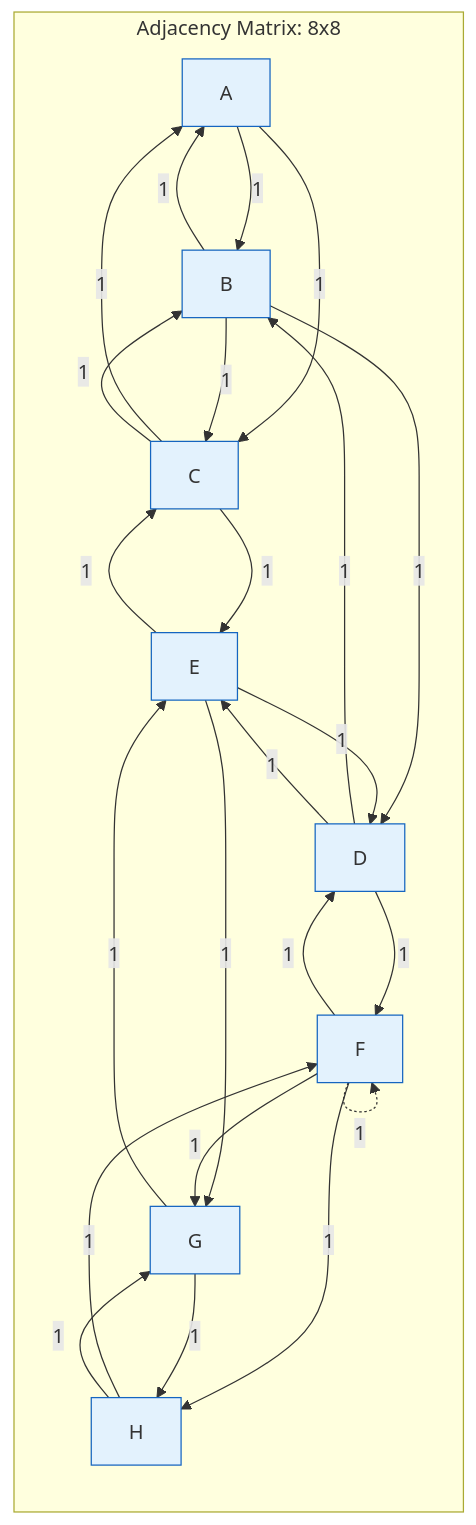
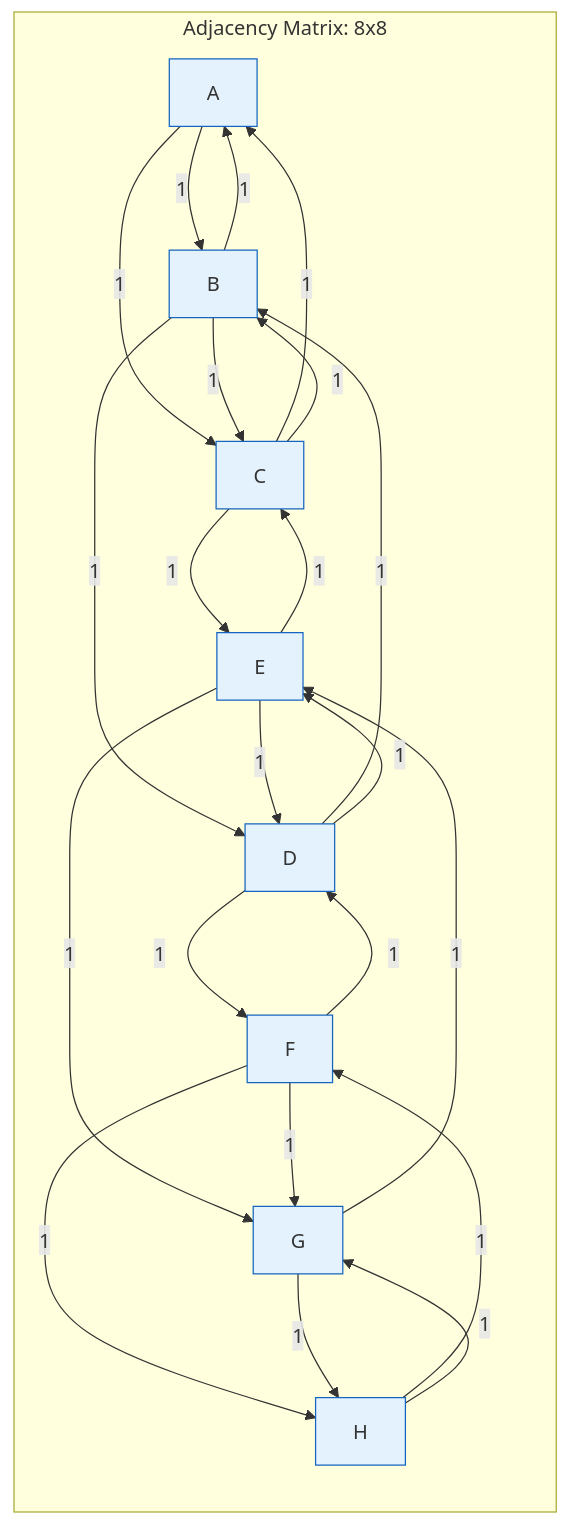
One commit to imyash0722/SEM3-DSA-UE25CS52A-STUDY-MATERIAL changed the first of 9 diagrams in site/docs/unit3/theory/unit3_09_graphs.md. Above: the diagram before and after it, drawn with Mermaid. The commit also changed other lines of this file and 113 other files, not shown here.

Commit message:
Fix Mermaid diagram syntax, dark mode readability, algorithmic visualizations, and update site build

````diff
--- a/site/docs/unit3/theory/unit3_09_graphs.md
+++ b/site/docs/unit3/theory/unit3_09_graphs.md
@@ -20,38 +20,36 @@
 ```mermaid
 graph TD
     subgraph Matrix[Adjacency Matrix: 8x8]
-        direction LR
         direction TB
         A[A] -->|1| B[B]
         A -->|1| C[C]
         B[B] -->|1| A
         B -->|1| C
         B -->|1| D[D]
         C[C] -->|1| A
         C -->|1| B
         C -->|1| E[E]
         D[D] -->|1| B
         D -->|1| E
         D -->|1| F[F]
         E[E] -->|1| C
         E -->|1| D
         E -->|1| G[G]
         F[F] -->|1| D
         F -->|1| G
         F -->|1| H[H]
         G[G] -->|1| E
-        F -.->|1| F
         G -->|1| H
         H[H] -->|1| F
         H -->|1| G
     end
     
     style A fill:#e3f2fd,stroke:#1565c0
     style B fill:#e3f2fd,stroke:#1565c0
     style C fill:#e3f2fd,stroke:#1565c0
     style D fill:#e3f2fd,stroke:#1565c0
     style E fill:#e3f2fd,stroke:#1565c0
     style F fill:#e3f2fd,stroke:#1565c0
     style G fill:#e3f2fd,stroke:#1565c0
     style H fill:#e3f2fd,stroke:#1565c0
 ```
````
